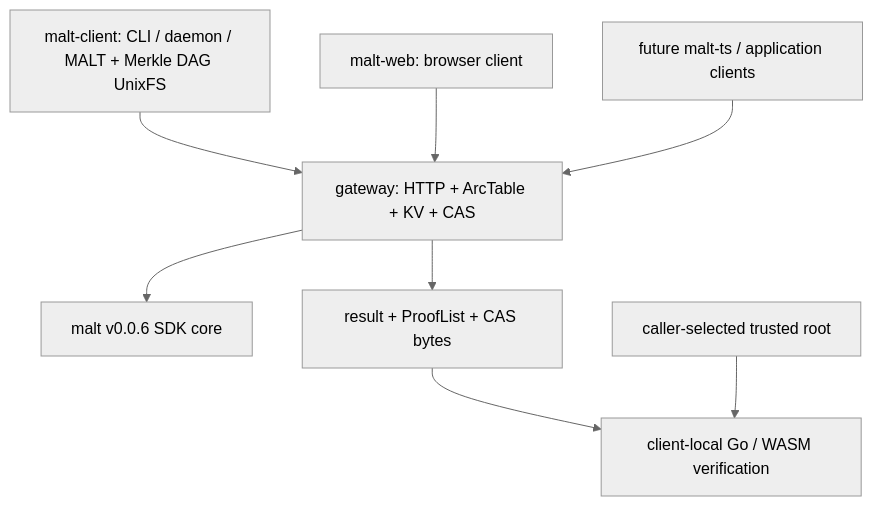
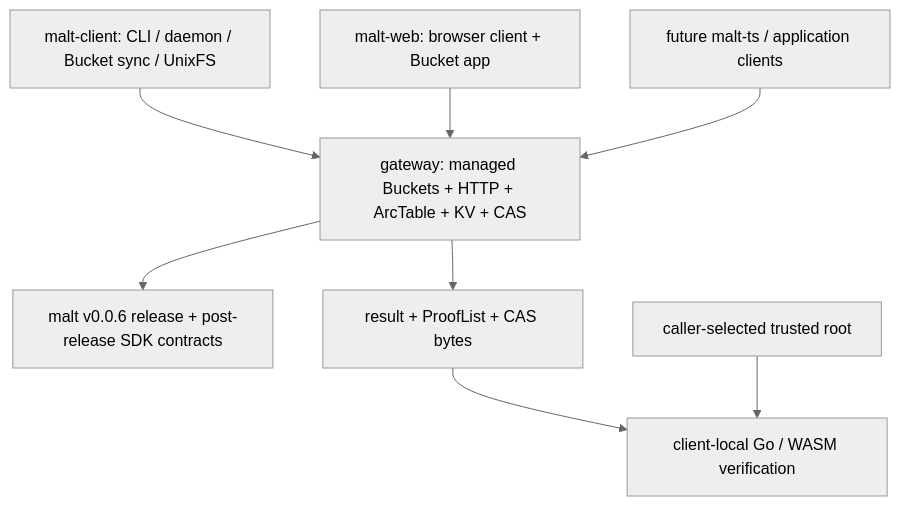
Before and after one commit to DeWebProtocol/.github: the diagram in profile/README.md, drawn with Mermaid (neutral theme). The commit also changed other lines of this file and 3 other files, not shown here.

````diff
--- a/profile/README.md
+++ b/profile/README.md
@@ -35,10 +38,10 @@
 ```mermaid
 flowchart TB
-  native["malt-client: CLI / daemon / MALT + Merkle DAG UnixFS"] --> gateway["gateway: HTTP + ArcTable + KV + CAS"]
-  web["malt-web: browser client"] --> gateway
+  native["malt-client: CLI / daemon / Bucket sync / UnixFS"] --> gateway["gateway: managed Buckets + HTTP + ArcTable + KV + CAS"]
+  web["malt-web: browser client + Bucket app"] --> gateway
   future["future malt-ts / application clients"] --> gateway
-  gateway --> core["malt v0.0.6 SDK core"]
+  gateway --> core["malt v0.0.6 release + post-release SDK contracts"]
   gateway --> result["result + ProofList + CAS bytes"]
   result --> local["client-local Go / WASM verification"]
   trusted["caller-selected trusted root"] --> local
 ```
````
